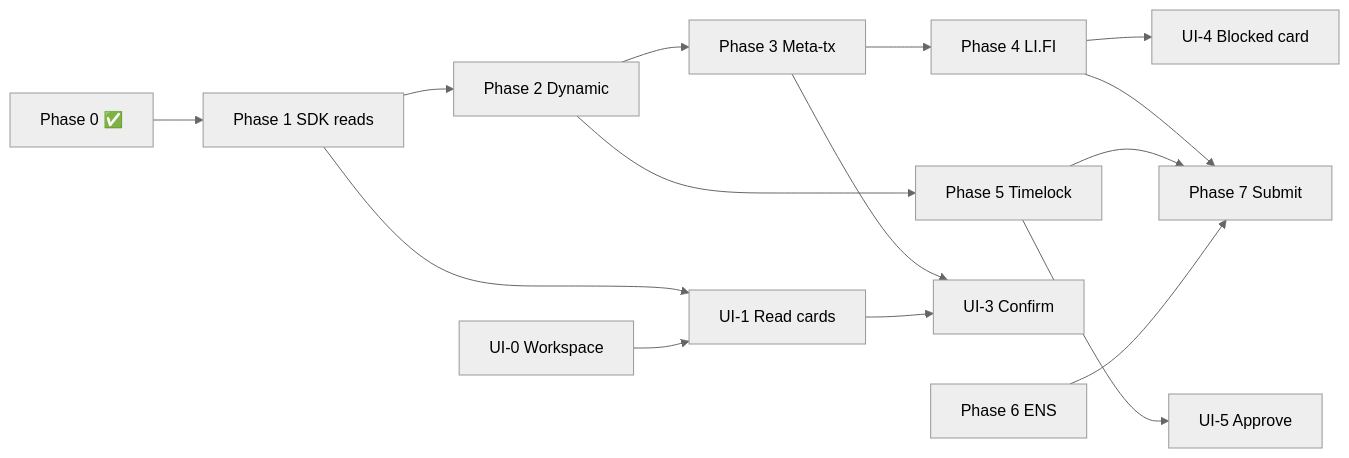
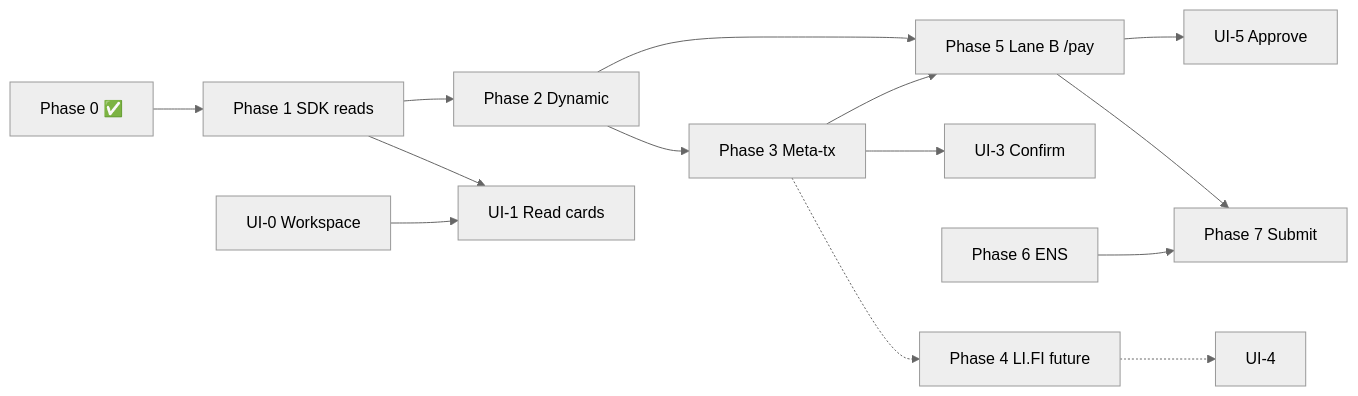
The diagram in docs/ROADMAP-PLAN.md (PracticalParticle/AgentBlox), drawn with Mermaid (neutral theme) before and after one commit. The commit also changed other lines of this file and 32 other files, not shown here.

````diff
--- a/docs/ROADMAP-PLAN.md
+++ b/docs/ROADMAP-PLAN.md
@@ -324,17 +349,16 @@
 ```mermaid
 flowchart LR
     P0[Phase 0 ✅] --> P1[Phase 1 SDK reads]
     P1 --> P2[Phase 2 Dynamic]
     P2 --> P3[Phase 3 Meta-tx]
-    P3 --> P4[Phase 4 LI.FI]
-    P2 --> P5[Phase 5 Timelock]
+    P2 --> P5[Phase 5 Lane B /pay]
+    P3 --> P5
     P1 --> UI1[UI-1 Read cards]
     P3 --> UI3[UI-3 Confirm]
-    P4 --> UI4[UI-4 Blocked card]
     P5 --> UI5[UI-5 Approve]
     UI0[UI-0 Workspace] --> UI1
-    UI1 --> UI3
-    P4 --> P7[Phase 7 Submit]
-    P5 --> P7
+    P5 --> P7[Phase 7 Submit]
     P6[Phase 6 ENS] --> P7
+    P3 -.-> P4[Phase 4 LI.FI future]
+    P4 -.-> UI4[UI-4]
 ```
````
